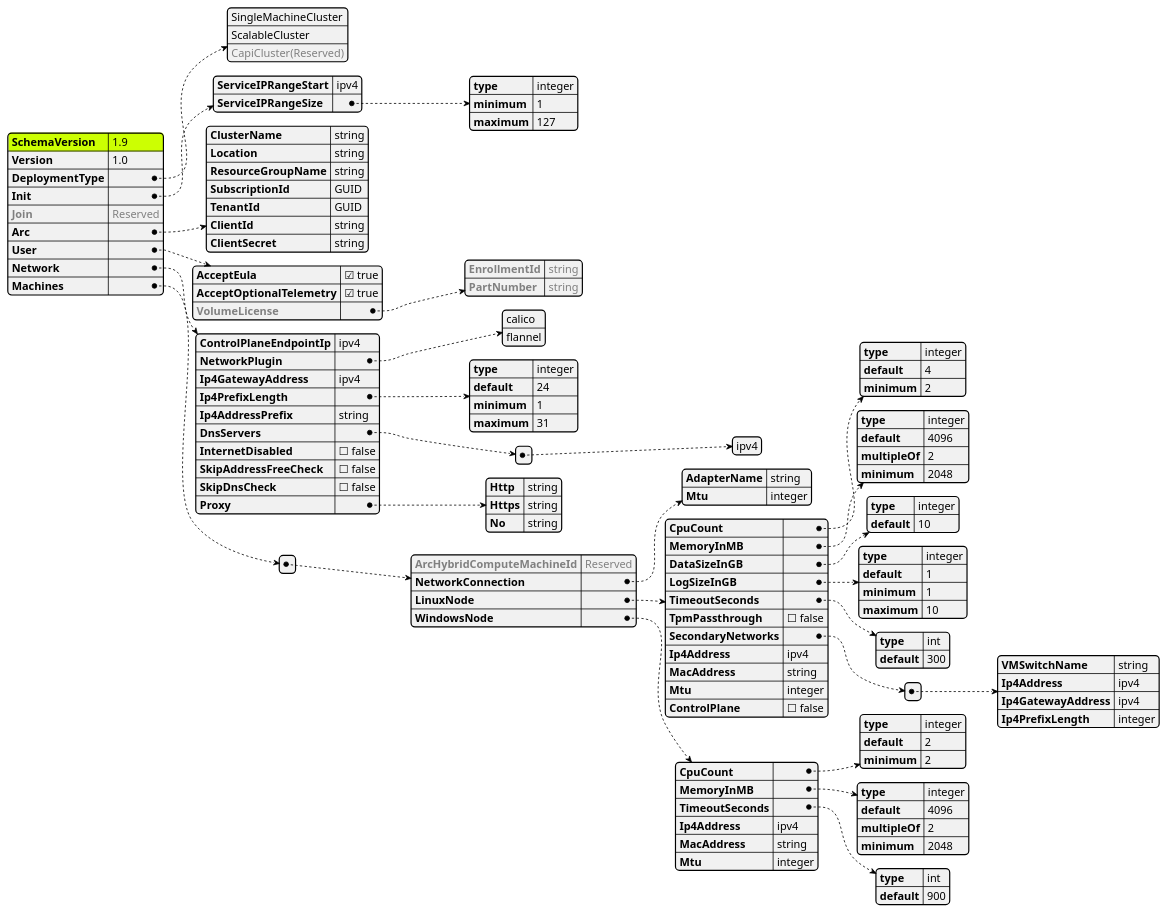
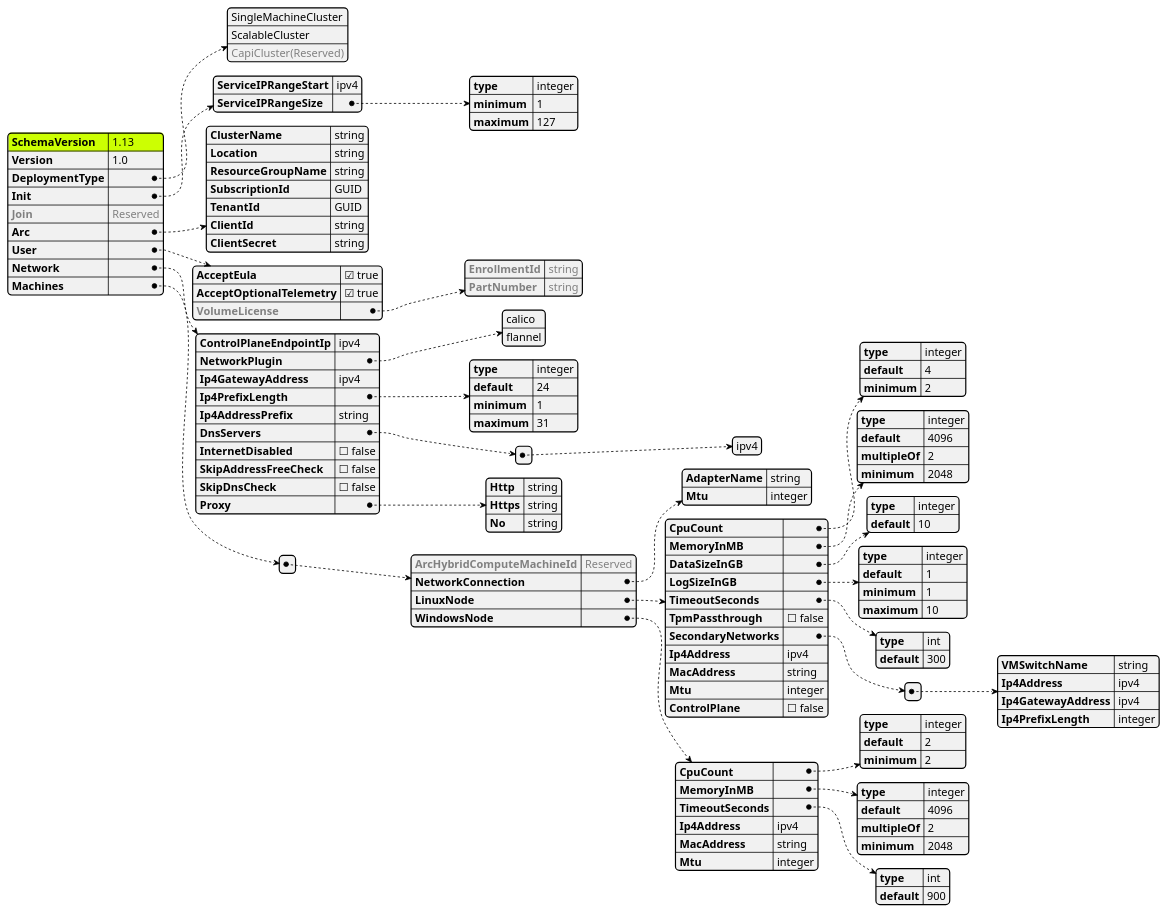
The diagram in tools/modules/AksEdgeDeploy/aksedge-dc.puml (Azure/AKS-Edge), drawn with PlantUML before and after one commit. The commit also changed 6 other files, not shown here.

Commit message:
update config schema version corresponding to AKSEE Jun/2024 release

```diff
--- a/tools/modules/AksEdgeDeploy/aksedge-dc.puml
+++ b/tools/modules/AksEdgeDeploy/aksedge-dc.puml
@@ -1,149 +1,149 @@
 @startjson AksEdgeSchema
 <style>
 jsonDiagram {
     node {
         FontSize 14
         RoundCorner 10
         LineThickness 0.5
         separator {
             LineThickness 0.25
         }
     }
     arrow {
         LineThickness 0.5
         LineStyle 2;6
     }
     highlight {
         BackgroundColor black
         FontColor White
     }
 }
 </style>
 #highlight "SchemaVersion"
 {
-    "SchemaVersion": "1.9",
+    "SchemaVersion": "1.13",
     "Version": "1.0",
     "DeploymentType": [
             "SingleMachineCluster",
             "ScalableCluster",
             "<color:gray>CapiCluster(Reserved)"
     ],
     "Init": {
         "ServiceIPRangeStart": "ipv4",
         "ServiceIPRangeSize": {
             "type": "integer",
             "minimum" : 1,
             "maximum" : 127
         }
     },
     "<color:gray>Join":"<color:gray>Reserved",
     "Arc": {
         "ClusterName": "string",
         "Location": "string",
         "ResourceGroupName": "string",
         "SubscriptionId": "GUID",
         "TenantId": "GUID",
         "ClientId": "string",
         "ClientSecret": "string"
     },
     "User": {
         "AcceptEula": true,
         "AcceptOptionalTelemetry": true,
         "<color:gray>VolumeLicense":{
             "<color:gray>EnrollmentId":"<color:gray>string",
             "<color:gray>PartNumber":"<color:gray>string"
         }
     },
     "Network": {
         "ControlPlaneEndpointIp": "ipv4",
         "NetworkPlugin": [
                 "calico",
                 "flannel"
         ],
         "Ip4GatewayAddress": "ipv4",
         "Ip4PrefixLength": {
             "type": "integer",
             "default": 24,
             "minimum": 1,
             "maximum": 31
         },
         "Ip4AddressPrefix":"string",
         "DnsServers": [["ipv4"]],
         "InternetDisabled": false,
         "SkipAddressFreeCheck":false,
         "SkipDnsCheck":false,
         "Proxy": {
             "Http":"string",
             "Https":"string",
             "No":"string"
         }
     },
     "Machines":[{
         "<color:gray>ArcHybridComputeMachineId":"<color:gray>Reserved",
         "NetworkConnection":{
             "AdapterName":"string",
             "Mtu":"integer"
         },
         "LinuxNode":{
             "CpuCount": {
                 "type": "integer",
                 "default": 4,
                 "minimum": 2
             },
             "MemoryInMB": {
                 "type": "integer",
                 "default": 4096,
                 "multipleOf": 2,
                 "minimum": 2048
             },
             "DataSizeInGB": {
                 "type": "integer",
                 "default": 10
             },
             "LogSizeInGB": {
                 "type": "integer",
                 "default": 1,
                 "minimum" : 1,
                 "maximum" : 10
             },
             "TimeoutSeconds": {
                 "type": "int",
                 "default": 300
             },
             "TpmPassthrough": false,
             "SecondaryNetworks": [
                 {
                     "VMSwitchName" : "string",
                     "Ip4Address": "ipv4",
                     "Ip4GatewayAddress": "ipv4",
                     "Ip4PrefixLength": "integer"
                 }
             ],
             "Ip4Address": "ipv4",
             "MacAddress": "string",
             "Mtu": "integer",
             "ControlPlane" : false
         },
         "WindowsNode":{
             "CpuCount": {
                 "type": "integer",
                 "default": 2,
                 "minimum": 2
             },
             "MemoryInMB": {
                 "type": "integer",
                 "default": 4096,
                 "multipleOf": 2,
                 "minimum": 2048
             },
             "TimeoutSeconds": {
                 "type": "int",
                 "default": 900
             },
             "Ip4Address": "ipv4",
             "MacAddress": "string",
             "Mtu": "integer"
         }
     }]
 }
 @endjson
```
